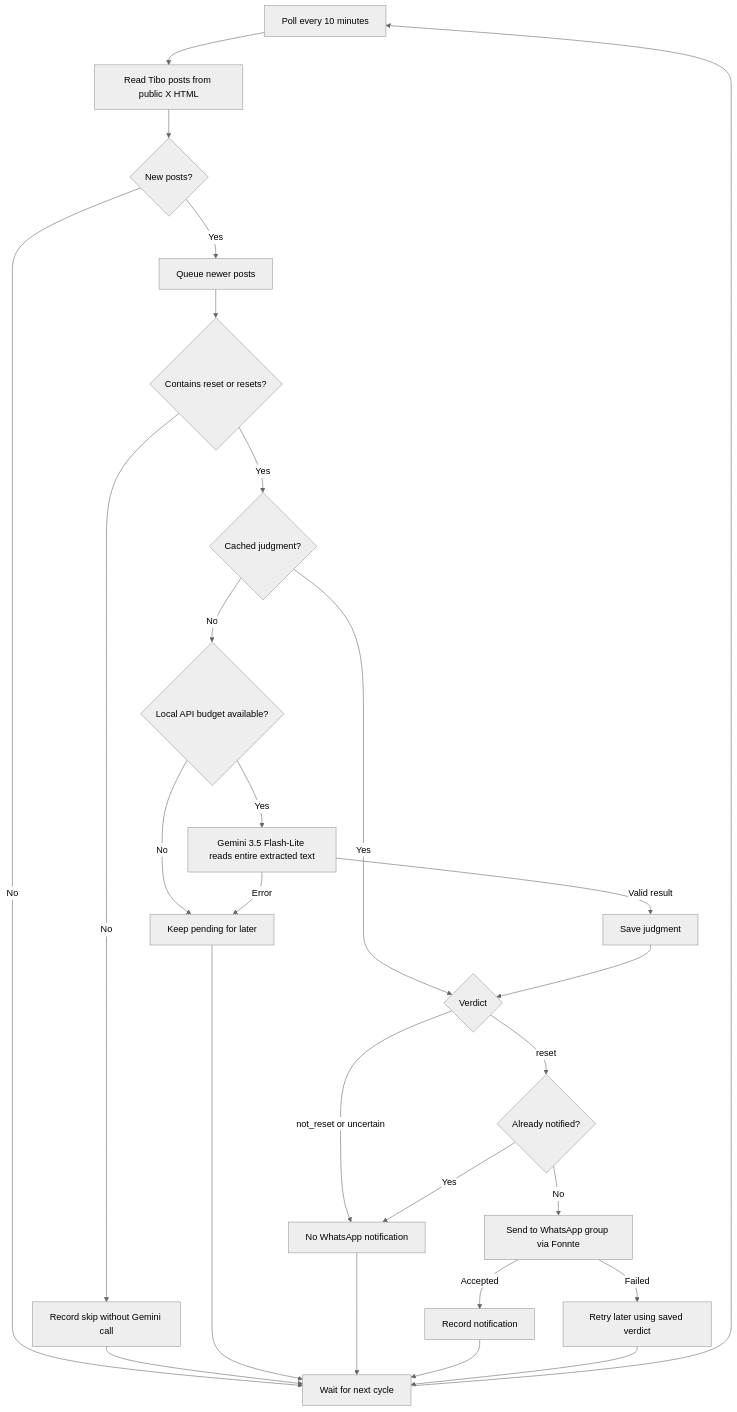
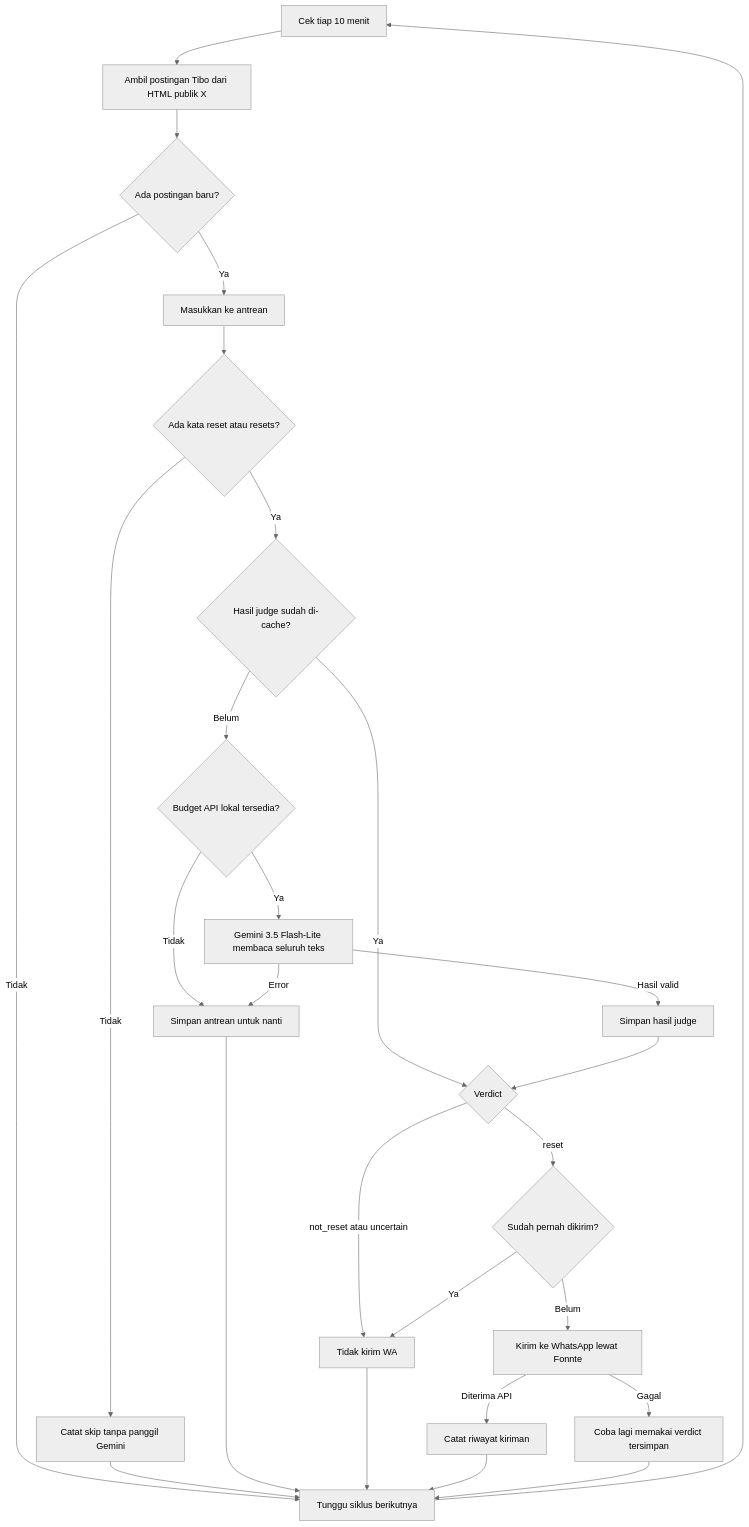
Before and after one commit to wildmove/tibo-notif: the diagram in README.md, drawn with Mermaid (neutral theme). The commit also changed other lines of this file, not shown here.

Commit message:
Rewrite README for direct X Gemini Fonnte production workflow

````diff
--- a/README.md
+++ b/README.md
@@ -12,29 +9,29 @@
 ```mermaid
 flowchart TD
-    A[Poll every 10 minutes] --> B[Read Tibo posts from public X HTML]
-    B --> C{New posts?}
-    C -- No --> W[Wait for next cycle]
-    C -- Yes --> D[Queue newer posts]
-    D --> E{Contains reset or resets?}
-    E -- No --> F[Record skip without Gemini call]
-    E -- Yes --> G{Cached judgment?}
-    G -- Yes --> J{Verdict}
-    G -- No --> H{Local API budget available?}
-    H -- No --> P[Keep pending for later]
-    H -- Yes --> I[Gemini 3.5 Flash-Lite reads entire extracted text]
+    A[Cek tiap 10 menit] --> B[Ambil postingan Tibo dari HTML publik X]
+    B --> C{Ada postingan baru?}
+    C -- Tidak --> W[Tunggu siklus berikutnya]
+    C -- Ya --> D[Masukkan ke antrean]
+    D --> E{Ada kata reset atau resets?}
+    E -- Tidak --> F[Catat skip tanpa panggil Gemini]
+    E -- Ya --> G{Hasil judge sudah di-cache?}
+    G -- Ya --> J{Verdict}
+    G -- Belum --> H{Budget API lokal tersedia?}
+    H -- Tidak --> P[Simpan antrean untuk nanti]
+    H -- Ya --> I[Gemini 3.5 Flash-Lite membaca seluruh teks]
     I -- Error --> P
-    I -- Valid result --> S[Save judgment]
+    I -- Hasil valid --> S[Simpan hasil judge]
     S --> J
-    J -- not_reset or uncertain --> N[No WhatsApp notification]
-    J -- reset --> K{Already notified?}
-    K -- Yes --> N
-    K -- No --> L[Send to WhatsApp group via Fonnte]
-    L -- Accepted --> M[Record notification]
-    L -- Failed --> R[Retry later using saved verdict]
+    J -- not_reset atau uncertain --> N[Tidak kirim WA]
+    J -- reset --> K{Sudah pernah dikirim?}
+    K -- Ya --> N
+    K -- Belum --> L[Kirim ke WhatsApp lewat Fonnte]
+    L -- Diterima API --> M[Catat riwayat kiriman]
+    L -- Gagal --> R[Coba lagi memakai verdict tersimpan]
     F --> W
     P --> W
     N --> W
     M --> W
     R --> W
     W --> A
 ```
````
